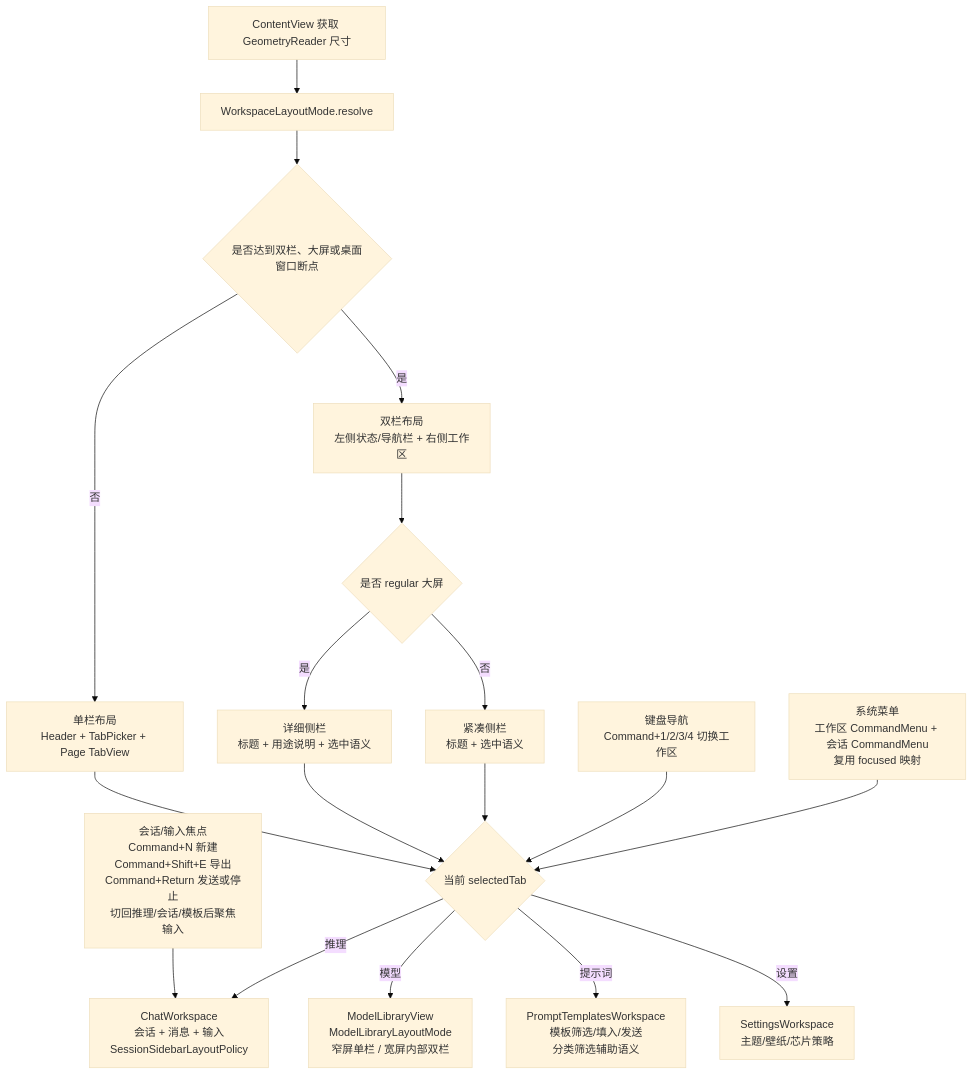
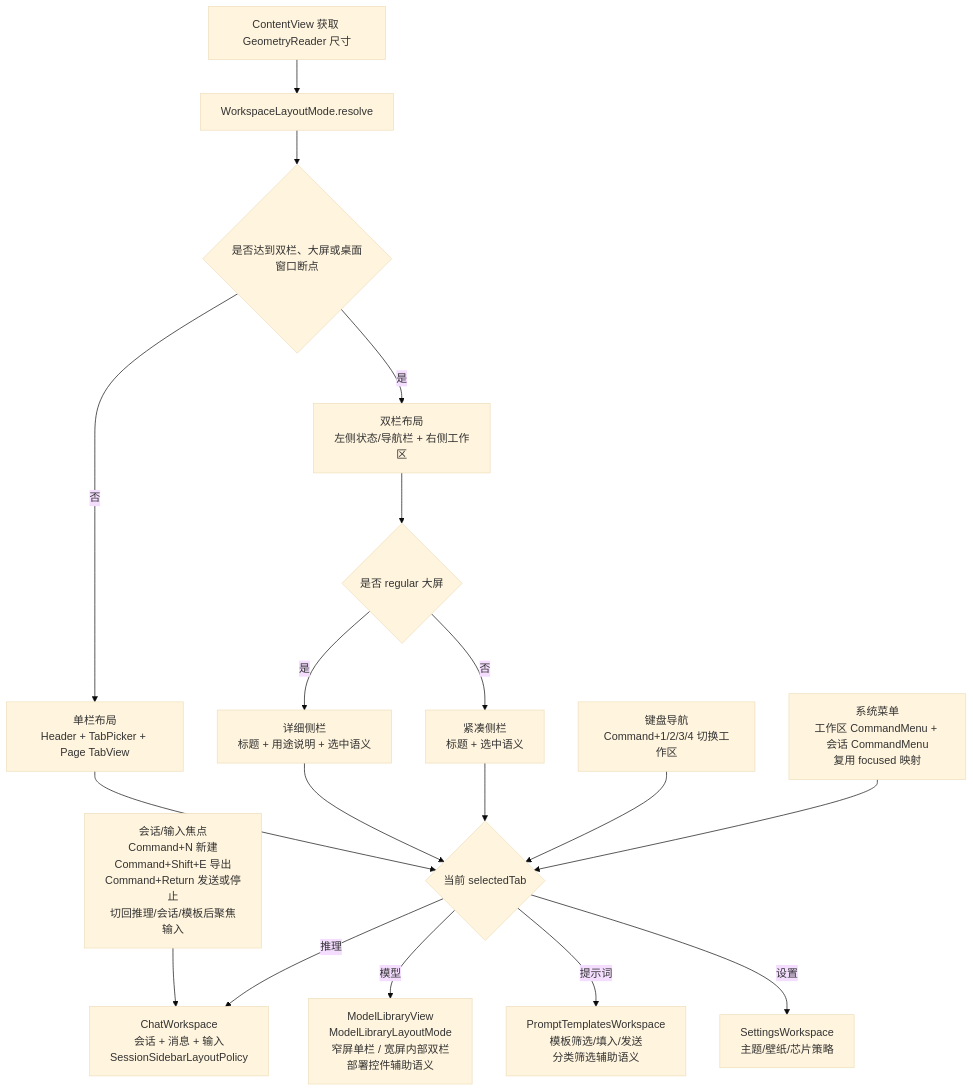
The fourth of 9 diagrams in md/flow/flowchart.md (Altman-sam114/113), drawn with Mermaid (base theme) before and after one commit. The commit also changed other lines of this file and 8 other files, not shown here.

````diff
--- a/md/flow/flowchart.md
+++ b/md/flow/flowchart.md
@@ -68,20 +68,20 @@
 ```mermaid
 flowchart TD
     A[ContentView 获取 GeometryReader 尺寸] --> B[WorkspaceLayoutMode.resolve]
     B --> C{是否达到双栏、大屏或桌面窗口断点}
     C -- 否 --> D[单栏布局<br/>Header + TabPicker + Page TabView]
     C -- 是 --> E[双栏布局<br/>左侧状态/导航栏 + 右侧工作区]
     E --> N{是否 regular 大屏}
     N -- 是 --> O[详细侧栏<br/>标题 + 用途说明 + 选中语义]
     N -- 否 --> P[紧凑侧栏<br/>标题 + 选中语义]
     D --> F{当前 selectedTab}
     O --> F
     P --> F
     K[键盘导航<br/>Command+1/2/3/4 切换工作区] --> F
     M[系统菜单<br/>工作区 CommandMenu + 会话 CommandMenu<br/>复用 focused 映射] --> F
     L[会话/输入焦点<br/>Command+N 新建<br/>Command+Shift+E 导出<br/>Command+Return 发送或停止<br/>切回推理/会话/模板后聚焦输入] --> G
     F -- 推理 --> G[ChatWorkspace<br/>会话 + 消息 + 输入<br/>SessionSidebarLayoutPolicy]
-    F -- 模型 --> H[ModelLibraryView<br/>ModelLibraryLayoutMode<br/>窄屏单栏 / 宽屏内部双栏]
+    F -- 模型 --> H[ModelLibraryView<br/>ModelLibraryLayoutMode<br/>窄屏单栏 / 宽屏内部双栏<br/>部署控件辅助语义]
     F -- 提示词 --> I[PromptTemplatesWorkspace<br/>模板筛选/填入/发送<br/>分类筛选辅助语义]
     F -- 设置 --> J[SettingsWorkspace<br/>主题/壁纸/芯片策略]
 ```
````
